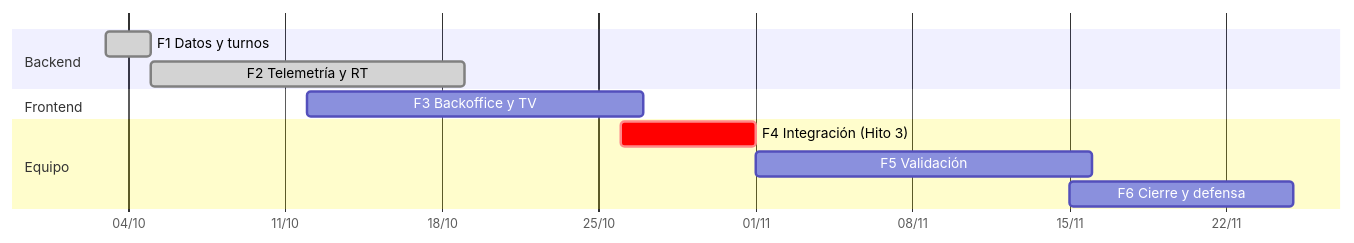
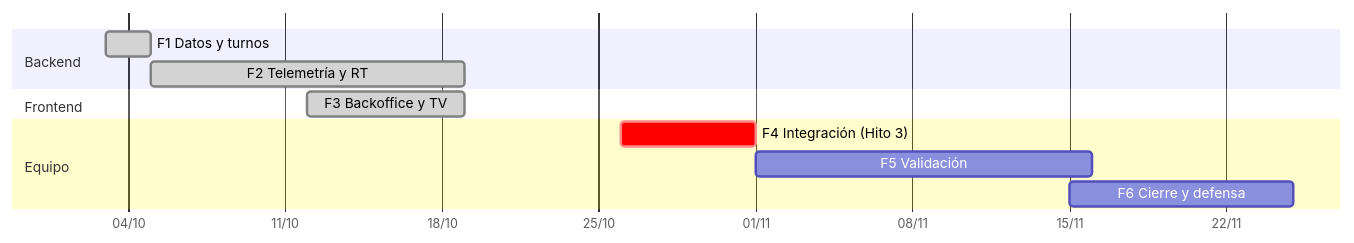
Before and after one commit to GastMolina267/pti-monorepo: the diagram in docs/07-roadmap.md, drawn with Mermaid. The commit also changed other lines of this file and 7 other files, not shown here.

````diff
--- a/docs/07-roadmap.md
+++ b/docs/07-roadmap.md
@@ -18,14 +18,14 @@
 ```mermaid
 gantt
   dateFormat YYYY-MM-DD
   axisFormat %d/%m
   section Backend
   F1 Datos y turnos        :done, f1, 2026-10-03, 2d
   F2 Telemetría y RT       :done, f2, 2026-10-05, 14d
   section Frontend
-  F3 Backoffice y TV       :f3, 2026-10-12, 15d
+  F3 Backoffice y TV       :done, f3, 2026-10-12, 7d
   section Equipo
   F4 Integración (Hito 3)  :crit, f4, 2026-10-26, 6d
   F5 Validación            :f5, 2026-11-01, 15d
   F6 Cierre y defensa      :f6, 2026-11-15, 10d
 ```
````
